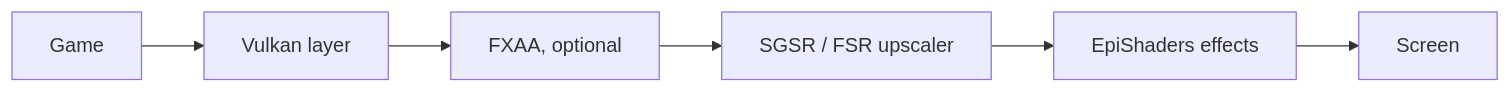
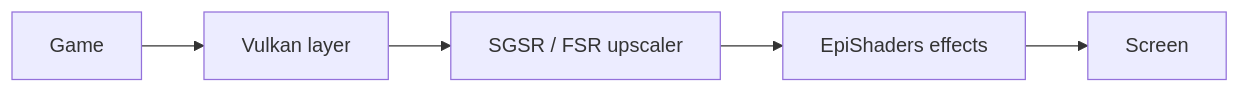
The diagram in README.md (Freecranegami/Epinephro), drawn with Mermaid before and after one commit. The commit also changed other lines of this file and 2 other files, not shown here.

Commit message:
Remove the app's own FXAA setting; FXAA stays available as an EpiShaders effect
The Graphics toggle, its preference, the LAS_FXAA environment variable and the README entries are gone. The layer's built-in FXAA pass is never switched on any more (it is tied into the upscaler chain, so it is left in place, inert).

Claude-Session: https://claude.ai/code/session_01MogdN58uDnrucKZbjLvtGn

````diff
--- a/README.md
+++ b/README.md
@@ -99,8 +98,7 @@
 ```mermaid
 flowchart LR
     G[Game] --> S[Vulkan layer]
-    S --> F[FXAA, optional]
-    F --> U[SGSR / FSR upscaler]
+    S --> U[SGSR / FSR upscaler]
     U --> E[EpiShaders effects]
     E --> D[Screen]
 ```
````
